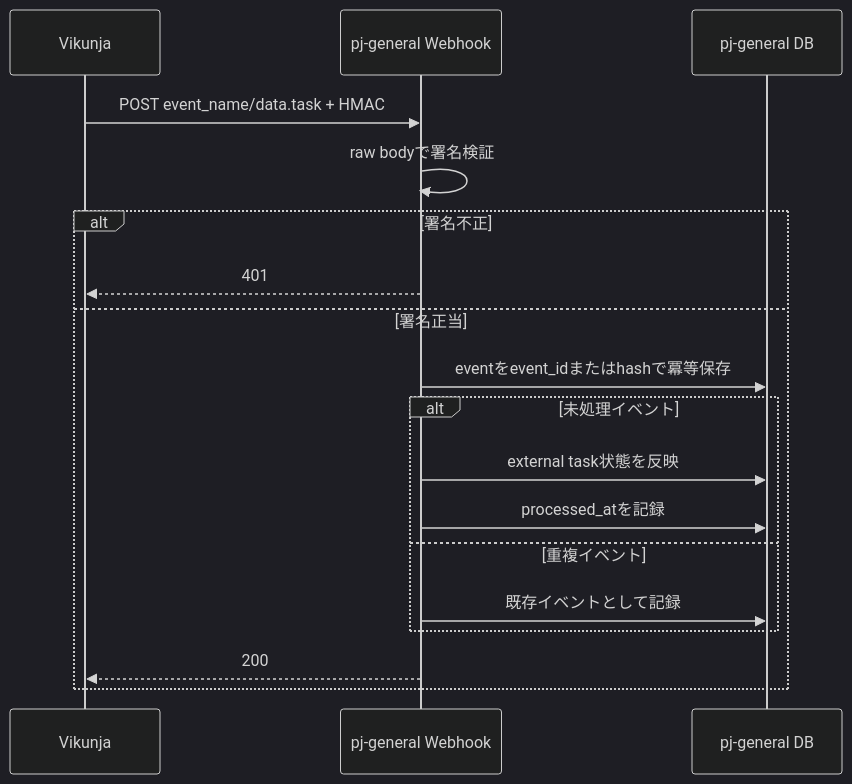
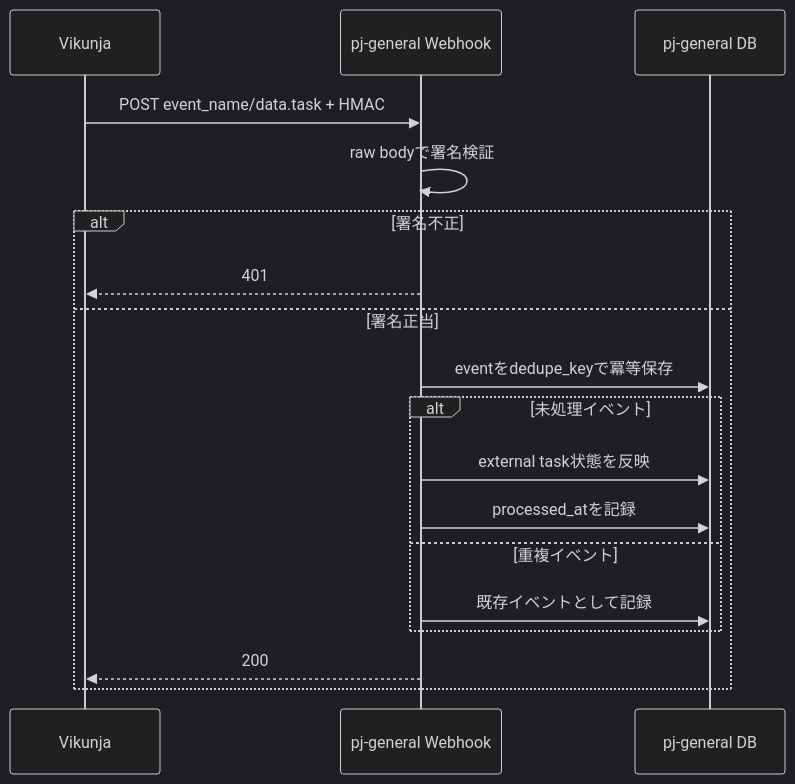
Before and after one commit to rohto4/my-pj-general: the second of 2 diagrams in docs/spec/vikunja-integration-contract-2026-07.md, drawn with Mermaid (dark theme). The commit also changed other lines of this file and 24 other files, not shown here.

````diff
--- a/docs/spec/vikunja-integration-contract-2026-07.md
+++ b/docs/spec/vikunja-integration-contract-2026-07.md
@@ -78,20 +87,20 @@
 ```mermaid
 sequenceDiagram
     participant V as Vikunja
     participant P as pj-general Webhook
     participant D as pj-general DB
     V->>P: POST event_name/data.task + HMAC
     P->>P: raw bodyで署名検証
     alt 署名不正
         P-->>V: 401
     else 署名正当
-        P->>D: eventをevent_idまたはhashで冪等保存
+        P->>D: eventをdedupe_keyで冪等保存
         alt 未処理イベント
             P->>D: external task状態を反映
             P->>D: processed_atを記録
         else 重複イベント
             P->>D: 既存イベントとして記録
         end
         P-->>V: 200
     end
 ```
````
